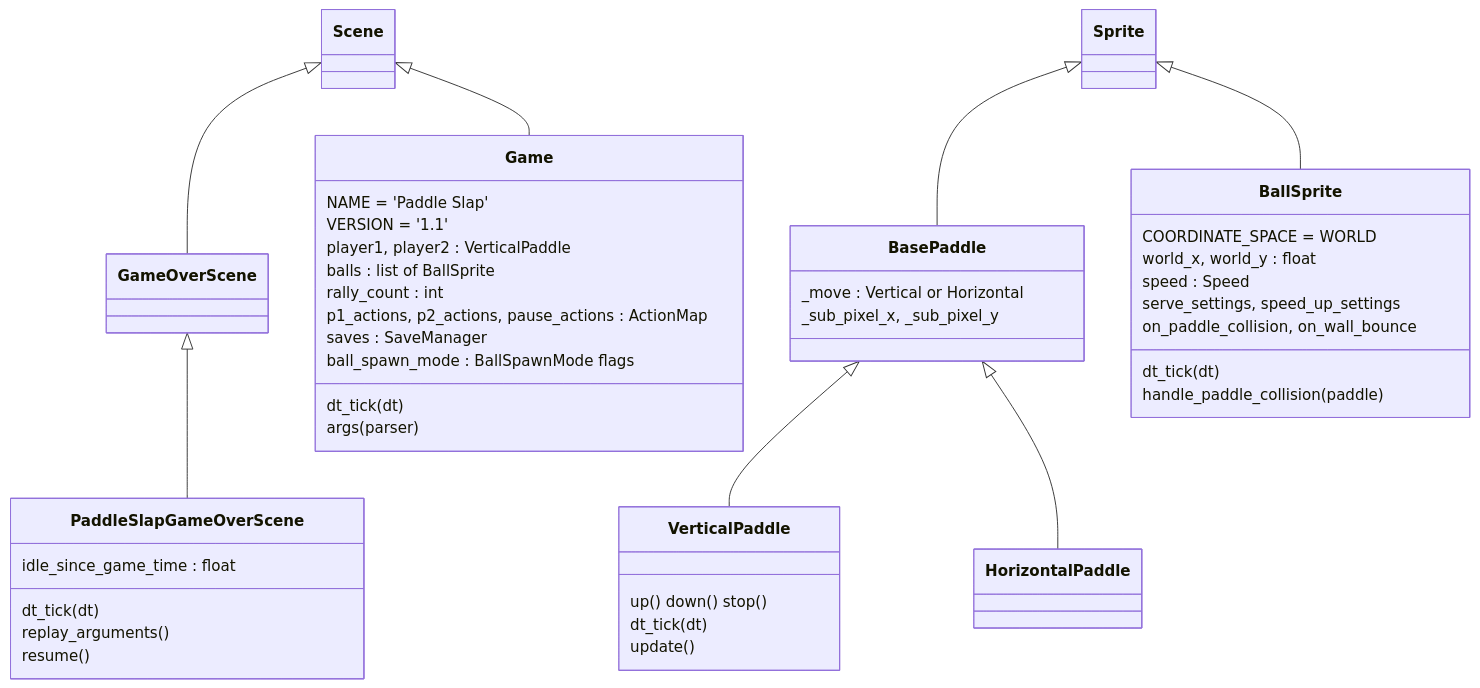
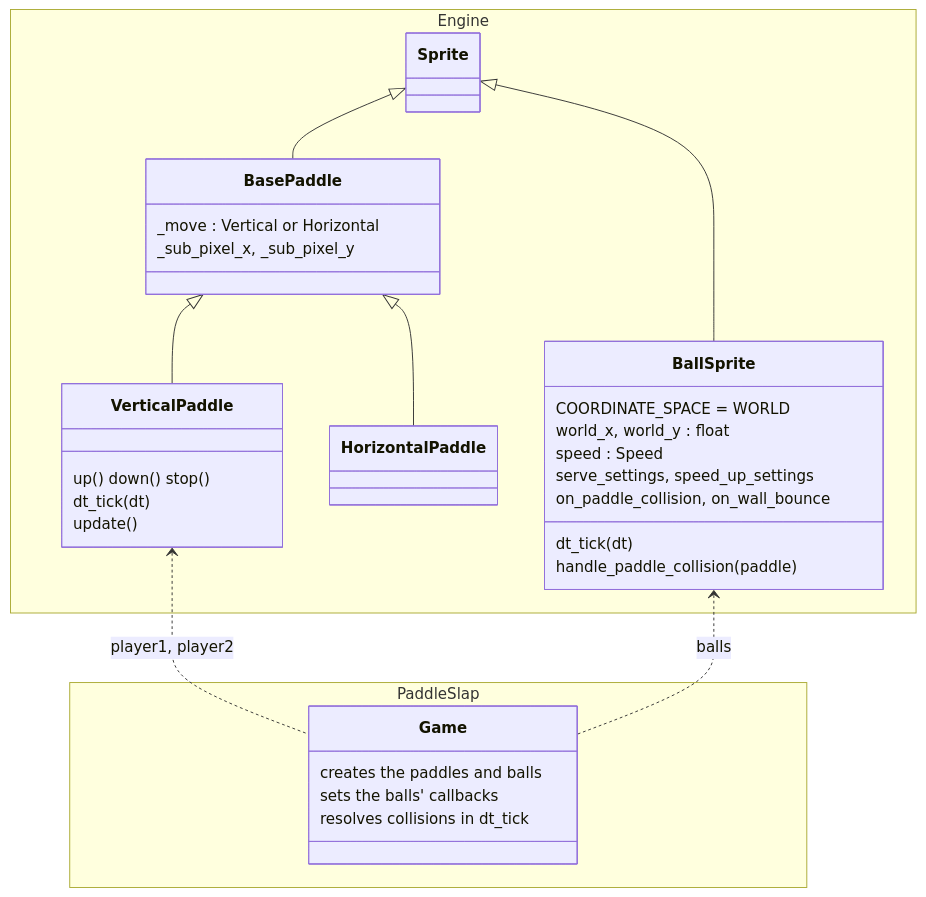
The fourth of 7 diagrams in docs/games/paddleslap.md (terrysimons/glitchygames), drawn with Mermaid before and after one commit. The commit also changed other lines of this file, not shown here.

Commit message:
Docs: PaddleSlap's classes split into what the engine provides and what the game adds
Scene, PauseScene and GameOverScene, Sprite and the game-object paddles and balls are
the engine's (an Engine box); PaddleSlap adds Game and PaddleSlapGameOverScene.
Dotted arrows show how the game uses the engine's classes (pause() requests the
engine's PauseScene).

````diff
--- a/docs/games/paddleslap.md
+++ b/docs/games/paddleslap.md
@@ -143,52 +205,41 @@
 ```mermaid
 classDiagram
     direction TB
-    class Scene
-    class GameOverScene
-    class Game {
-        NAME = 'Paddle Slap'
-        VERSION = '1.1'
-        player1, player2 : VerticalPaddle
-        balls : list of BallSprite
-        rally_count : int
-        p1_actions, p2_actions, pause_actions : ActionMap
-        saves : SaveManager
-        ball_spawn_mode : BallSpawnMode flags
-        dt_tick(dt)
-        args(parser)
+    namespace Engine {
+        class Sprite
+        class BasePaddle {
+            _move : Vertical or Horizontal
+            _sub_pixel_x, _sub_pixel_y
+        }
+        class VerticalPaddle {
+            up() down() stop()
+            dt_tick(dt)
+            update()
+        }
+        class HorizontalPaddle
+        class BallSprite {
+            COORDINATE_SPACE = WORLD
+            world_x, world_y : float
+            speed : Speed
+            serve_settings, speed_up_settings
+            on_paddle_collision, on_wall_bounce
+            dt_tick(dt)
+            handle_paddle_collision(paddle)
+        }
     }
-    class PaddleSlapGameOverScene {
-        idle_since_game_time : float
-        dt_tick(dt)
-        replay_arguments()
-        resume()
-    }
-    class Sprite
-    class BasePaddle {
-        _move : Vertical or Horizontal
-        _sub_pixel_x, _sub_pixel_y
-    }
-    class VerticalPaddle {
-        up() down() stop()
-        dt_tick(dt)
-        update()
-    }
-    class HorizontalPaddle
-    class BallSprite {
-        COORDINATE_SPACE = WORLD
-        world_x, world_y : float
-        speed : Speed
-        serve_settings, speed_up_settings
-        on_paddle_collision, on_wall_bounce
-        dt_tick(dt)
-        handle_paddle_collision(paddle)
+    namespace PaddleSlap {
+        class GameSprites["Game"] {
+            creates the paddles and balls
+            sets the balls' callbacks
+            resolves collisions in dt_tick
+        }
     }
 
-    Scene <|-- Game
-    Scene <|-- GameOverScene
-    GameOverScene <|-- PaddleSlapGameOverScene
     Sprite <|-- BasePaddle
     BasePaddle <|-- VerticalPaddle
     BasePaddle <|-- HorizontalPaddle
     Sprite <|-- BallSprite
+
+    VerticalPaddle <.. GameSprites : player1, player2
+    BallSprite <.. GameSprites : balls
 ```
````
